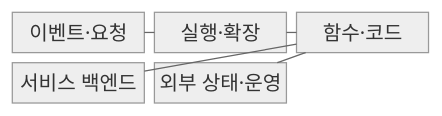
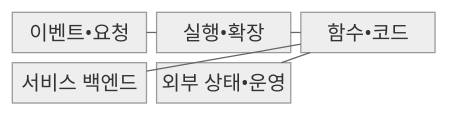
One commit to agnusdei1207/knowledge-base changed the first of 2 diagrams in src/content/docs/notes/08-latest-tech/160_serverless_computing.md. Above: the diagram before and after it, drawn with Mermaid (neutral theme). The commit also changed other lines of this file and 953 other files, not shown here.

````diff
--- a/src/content/docs/notes/08-latest-tech/160_serverless_computing.md
+++ b/src/content/docs/notes/08-latest-tech/160_serverless_computing.md
@@ -69,13 +69,13 @@
 ```mermaid
 block-beta
   columns 3
-  A["이벤트·요청"]
-  B["실행·확장"]
-  C["함수·코드"]
+  A["이벤트•요청"]
+  B["실행•확장"]
+  C["함수•코드"]
   D["서비스 백엔드"]
-  E["외부 상태·운영"]
+  E["외부 상태•운영"]
   A --- B
   B --- C
   C --- D
   C --- E
 ```
````
